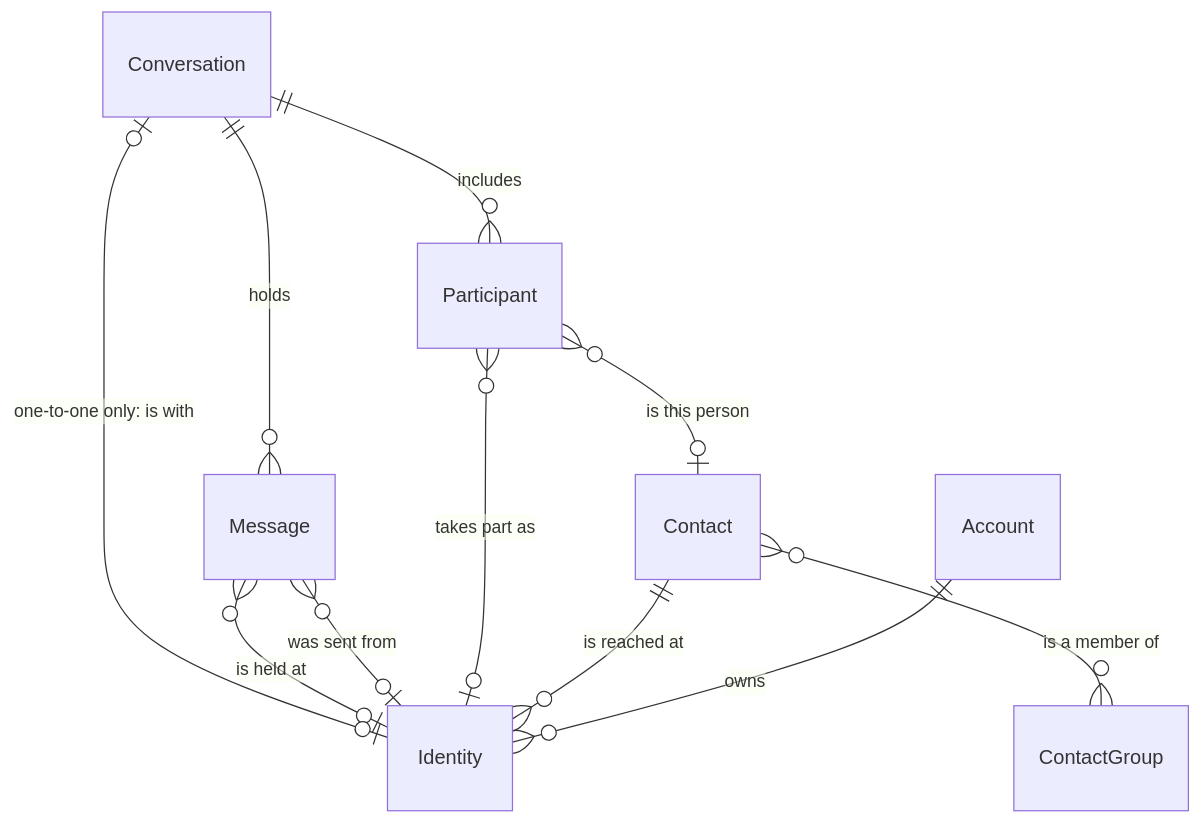
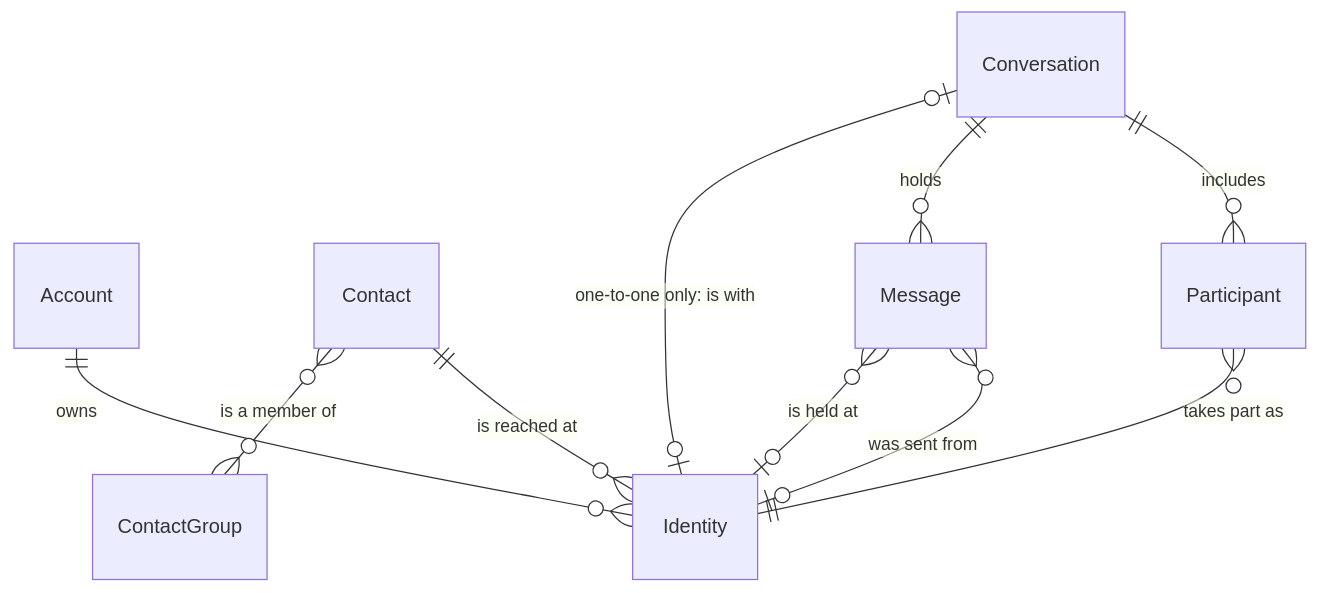
One commit to bitrealm-io/message-vault changed the first of 2 diagrams in docs/architecture/contacts-identities-and-messages.md. Above: the diagram before and after it, drawn with Mermaid. The commit also changed other lines of this file and 33 other files, not shown here.

````diff
--- a/docs/architecture/contacts-identities-and-messages.md
+++ b/docs/architecture/contacts-identities-and-messages.md
@@ -20,13 +20,12 @@
 ```mermaid
 erDiagram
     Account ||--o{ Identity : "owns"
     Contact ||--o{ Identity : "is reached at"
     Contact }o--o{ ContactGroup : "is a member of"
     Conversation ||--o{ Participant : "includes"
-    Participant }o--o| Identity : "takes part as"
-    Participant }o--o| Contact : "is this person"
+    Participant }o--|| Identity : "takes part as"
     Conversation ||--o{ Message : "holds"
     Message }o--o| Identity : "was sent from"
     Message }o--o| Identity : "is held at"
     Conversation |o--o| Identity : "one-to-one only: is with"
 ```
````
